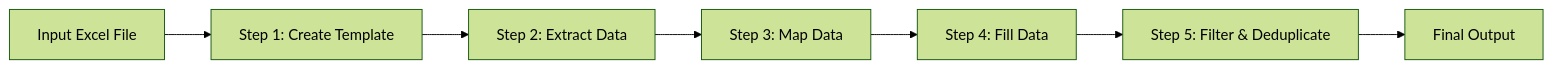
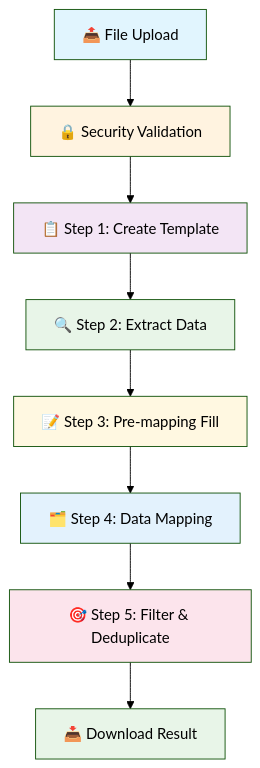
Before and after one commit to briantruongvn/ngocson-tss-converter: the diagram in CLAUDE.md, drawn with Mermaid (forest theme). The commit also changed other lines of this file and 5 other files, not shown here.

````diff
--- a/CLAUDE.md
+++ b/CLAUDE.md
@@ -34,9 +59,19 @@
 ```mermaid
-graph LR
-    A[Input Excel File] --> B[Step 1: Create Template]
-    B --> C[Step 2: Extract Data]
-    C --> D[Step 3: Map Data]
-    D --> E[Step 4: Fill Data]
-    E --> F[Step 5: Filter & Deduplicate]
-    F --> G[Final Output]
+graph TB
+    A[📤 File Upload] --> B[🔒 Security Validation]
+    B --> C[📋 Step 1: Create Template]
+    C --> D[🔍 Step 2: Extract Data]
+    D --> E[📝 Step 3: Pre-mapping Fill]
+    E --> F[🗂️ Step 4: Data Mapping]
+    F --> G[🎯 Step 5: Filter & Deduplicate]
+    G --> H[📥 Download Result]
+    
+    style A fill:#e1f5fe
+    style B fill:#fff3e0
+    style C fill:#f3e5f5
+    style D fill:#e8f5e8
+    style E fill:#fff8e1
+    style F fill:#e3f2fd
+    style G fill:#fce4ec
+    style H fill:#e8f5e8
 ```
````
